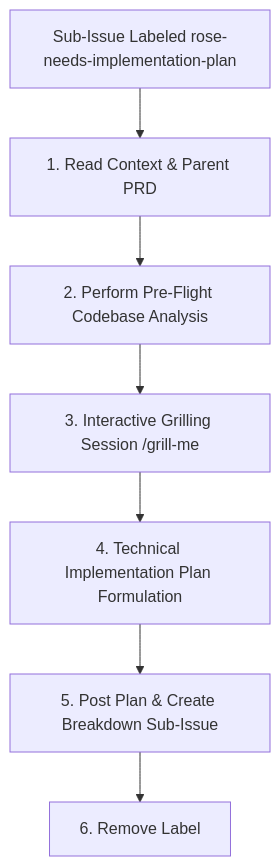
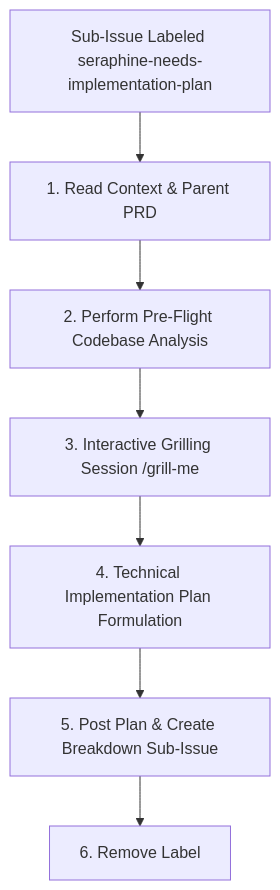
The diagram in .agent/workflows/seraphine-needs-implementation-plan.md (brotherlogic/rose), drawn with Mermaid before and after one commit. The commit also changed other lines of this file and 5 other files, not shown here.

Commit message:
chore: replace rose- label prefixes with seraphine-

````diff
--- a/.agent/workflows/seraphine-needs-implementation-plan.md
+++ b/.agent/workflows/seraphine-needs-implementation-plan.md
@@ -7,9 +7,9 @@
 ```mermaid
 graph TD
-    A[Sub-Issue Labeled rose-needs-implementation-plan] --> B[1. Read Context & Parent PRD]
+    A[Sub-Issue Labeled seraphine-needs-implementation-plan] --> B[1. Read Context & Parent PRD]
     B --> C[2. Perform Pre-Flight Codebase Analysis]
     C --> D[3. Interactive Grilling Session /grill-me]
     D --> E[4. Technical Implementation Plan Formulation]
     E --> F[5. Post Plan & Create Breakdown Sub-Issue]
     F --> G[6. Remove Label]
 ```
````
